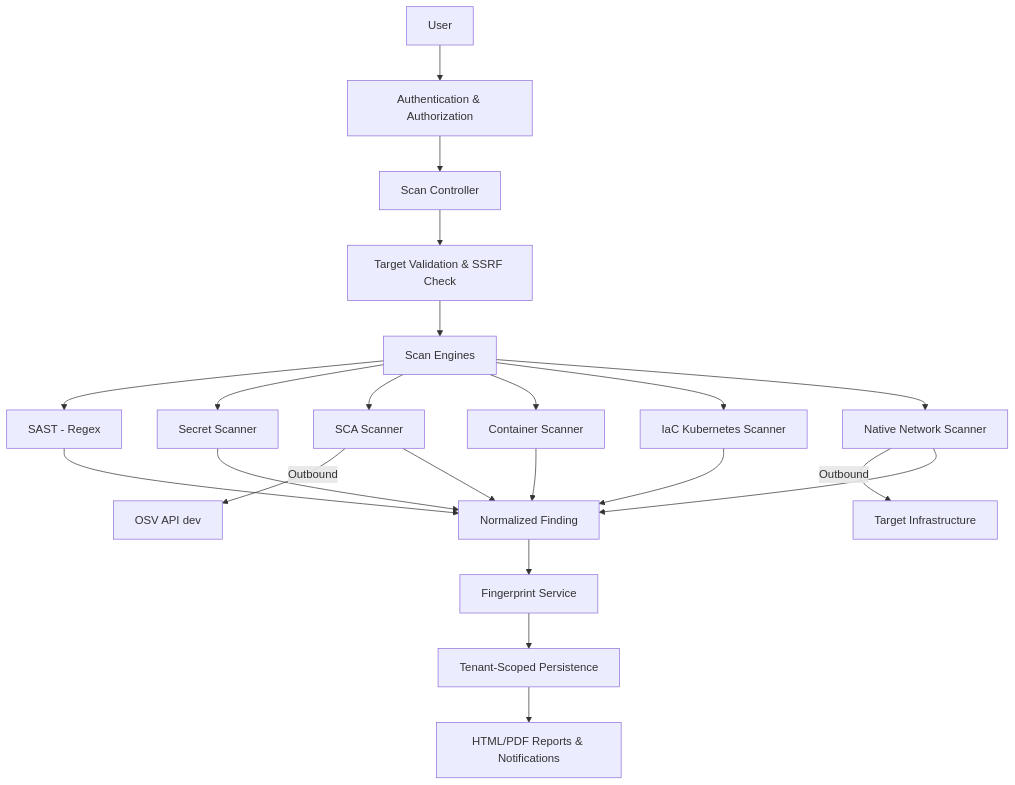
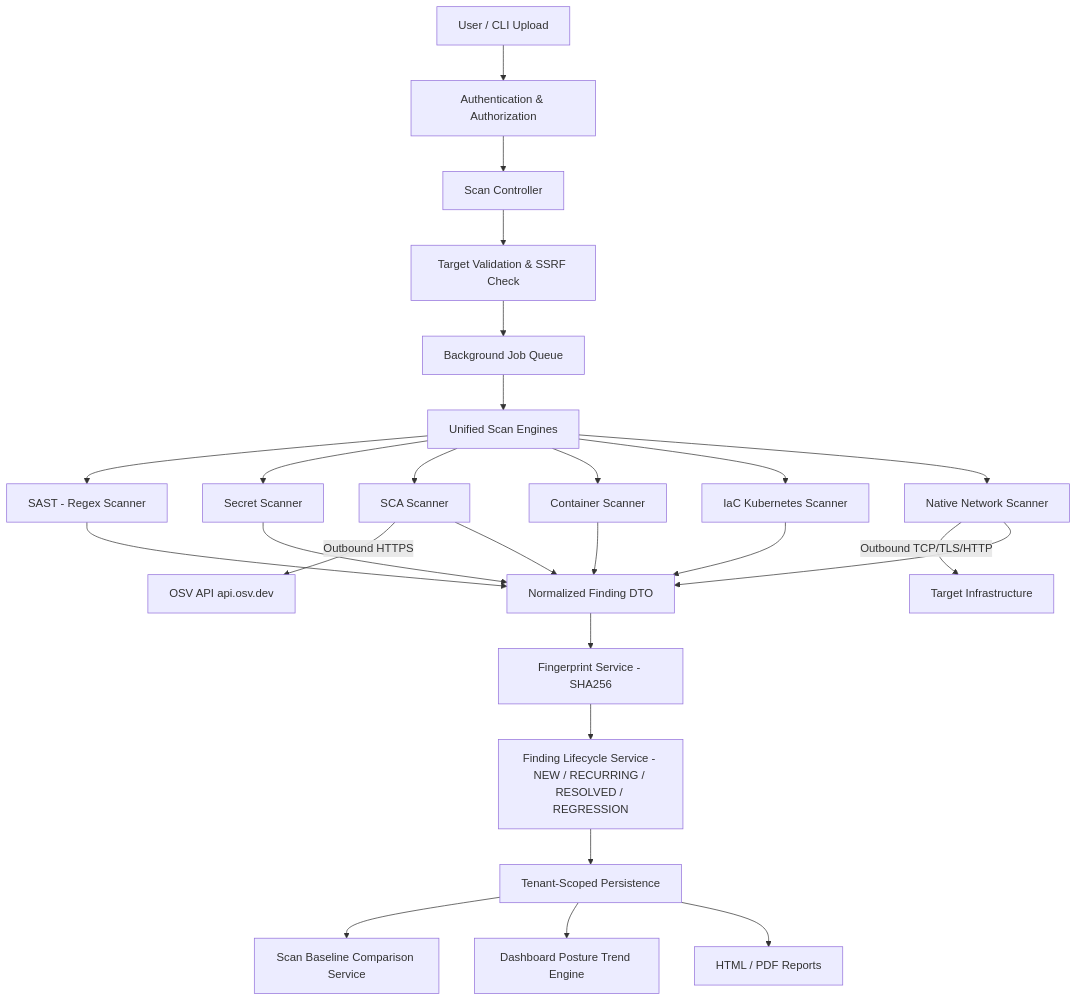
Before and after one commit to ankurmakavana/trustnode: the diagram in SECURITY_CAPABILITY_BASELINE.md, drawn with Mermaid. The commit also changed other lines of this file and 1 other file, not shown here.

````diff
--- a/SECURITY_CAPABILITY_BASELINE.md
+++ b/SECURITY_CAPABILITY_BASELINE.md
@@ -8,22 +16,28 @@
 ```mermaid
 flowchart TD
-    USER[User] --> AUTH[Authentication & Authorization]
+    USER[User / CLI Upload] --> AUTH[Authentication & Authorization]
     AUTH --> SCAN_CONTROLLER[Scan Controller]
     SCAN_CONTROLLER --> TARGET_VALIDATOR[Target Validation & SSRF Check]
-    TARGET_VALIDATOR --> SCAN_ENGINE[Scan Engines]
-    
-    SCAN_ENGINE --> SAST[SAST - Regex]
+    TARGET_VALIDATOR --> QUEUE[Background Job Queue]
+
+    QUEUE --> SCAN_ENGINE[Unified Scan Engines]
+
+    SCAN_ENGINE --> SAST[SAST - Regex Scanner]
     SCAN_ENGINE --> SECRET[Secret Scanner]
     SCAN_ENGINE --> SCA[SCA Scanner]
     SCAN_ENGINE --> CONTAINER[Container Scanner]
     SCAN_ENGINE --> IAC[IaC Kubernetes Scanner]
     SCAN_ENGINE --> NETWORK[Native Network Scanner]
-    
-    SCA -->|Outbound| OSV[OSV API dev]
-    NETWORK -->|Outbound| INFRA[Target Infrastructure]
-    
-    SAST & SECRET & SCA & CONTAINER & IAC & NETWORK --> NORMALIZED_FINDING[Normalized Finding]
-    NORMALIZED_FINDING --> FINGERPRINT[Fingerprint Service]
-    FINGERPRINT --> PERSISTENCE[Tenant-Scoped Persistence]
-    PERSISTENCE --> REPORT[HTML/PDF Reports & Notifications]
+
+    SCA -->|Outbound HTTPS| OSV[OSV API api.osv.dev]
+    NETWORK -->|Outbound TCP/TLS/HTTP| INFRA[Target Infrastructure]
+
+    SAST & SECRET & SCA & CONTAINER & IAC & NETWORK --> NORMALIZED_FINDING[Normalized Finding DTO]
+    NORMALIZED_FINDING --> FINGERPRINT[Fingerprint Service - SHA256]
+    FINGERPRINT --> LIFECYCLE[Finding Lifecycle Service - NEW / RECURRING / RESOLVED / REGRESSION]
+    LIFECYCLE --> PERSISTENCE[Tenant-Scoped Persistence]
+
+    PERSISTENCE --> BASELINE[Scan Baseline Comparison Service]
+    PERSISTENCE --> POSTURE[Dashboard Posture Trend Engine]
+    PERSISTENCE --> REPORT[HTML / PDF Reports]
 ```
````
